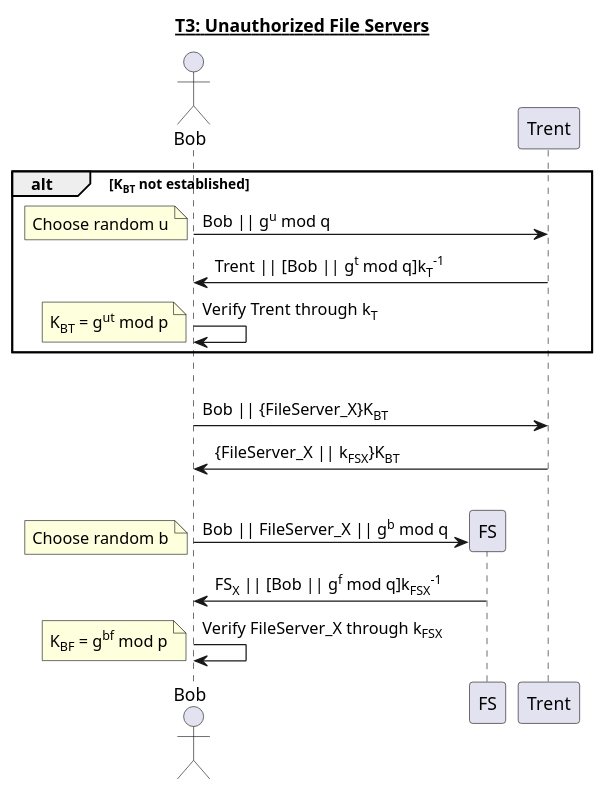
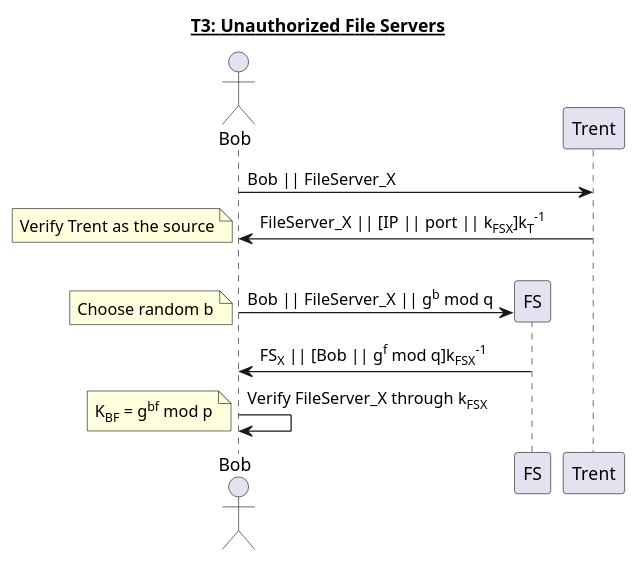
One commit to jondyer/cs1653-2017fa-jbd29-mar257-zds14 changed the diagram in reports/img/T3.puml. Above: the diagram before and after it, drawn with PlantUML. The commit also changed 1 other file, not shown here.

Commit message:
Updated T3 diagram

```diff
--- a/reports/img/T3.puml
+++ b/reports/img/T3.puml
@@ -1,30 +1,21 @@
 @startuml
 title __T3: Unauthorized File Servers__
 actor Bob
 participant FS
 participant Trent
 
-alt K<sub>BT</sub> not established
-	Bob -> Trent: Bob || g<sup>u</sup> mod q
-	note left: Choose random u
-	Trent -> Bob: Trent || [Bob || g<sup>t</sup> mod q]k<sub>T</sub><sup>-1</sup>
-	Bob -> Bob: Verify Trent through k<sub>T</sub>
-	note left: K<sub>BT</sub> = g<sup>ut</sup> mod p
-end
-
-|||
-
-Bob -> Trent: Bob || {FileServer_X}K<sub>BT</sub>
-Trent -> Bob: {FileServer_X || k<sub>FSX</sub>}K<sub>BT</sub>
+Bob -> Trent: Bob || FileServer_X
+Trent -> Bob: FileServer_X || [IP || port || k<sub>FSX</sub>]k<sub>T</sub><sup>-1</sup>
+note left: Verify Trent as the source
 
 |||
 
 create FS
 Bob -> FS: Bob || FileServer_X || g<sup>b</sup> mod q
 note left: Choose random b
 
 FS -> Bob: FS<sub>X</sub> || [Bob || g<sup>f</sup> mod q]k<sub>FSX</sub><sup>-1</sup>
 Bob -> Bob: Verify FileServer_X through k<sub>FSX</sub>
 note left: K<sub>BF</sub> = g<sup>bf</sup> mod p
 
 @enduml
```
